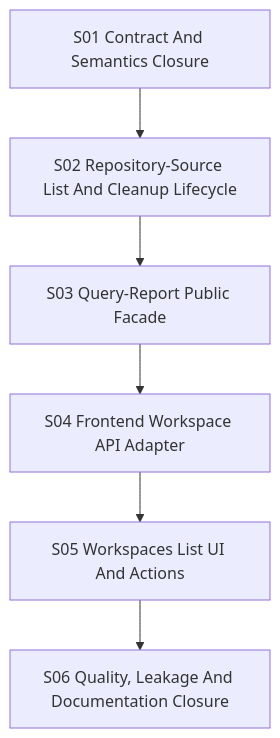
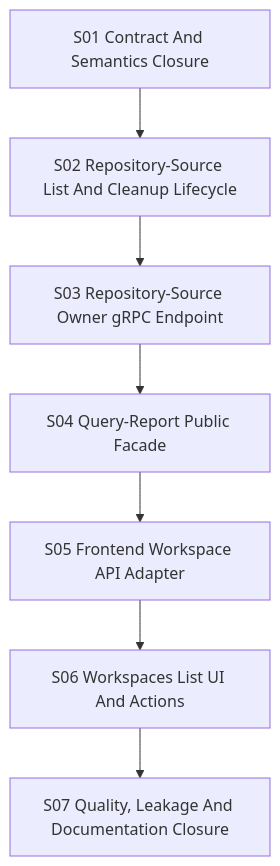
The diagram in docs/workflow/slice-dependency-map.md (MatthiasBurger-Coder/forensic_analytics), drawn with Mermaid before and after one commit. The commit also changed other lines of this file and 5 other files, not shown here.

````diff
--- a/docs/workflow/slice-dependency-map.md
+++ b/docs/workflow/slice-dependency-map.md
@@ -16,15 +17,17 @@
 ```mermaid
 flowchart TD
     S01["S01 Contract And Semantics Closure"]
     S02["S02 Repository-Source List And Cleanup Lifecycle"]
-    S03["S03 Query-Report Public Facade"]
-    S04["S04 Frontend Workspace API Adapter"]
-    S05["S05 Workspaces List UI And Actions"]
-    S06["S06 Quality, Leakage And Documentation Closure"]
+    S03["S03 Repository-Source Owner gRPC Endpoint"]
+    S04["S04 Query-Report Public Facade"]
+    S05["S05 Frontend Workspace API Adapter"]
+    S06["S06 Workspaces List UI And Actions"]
+    S07["S07 Quality, Leakage And Documentation Closure"]
 
     S01 --> S02
     S02 --> S03
     S03 --> S04
     S04 --> S05
     S05 --> S06
+    S06 --> S07
 ```
````
